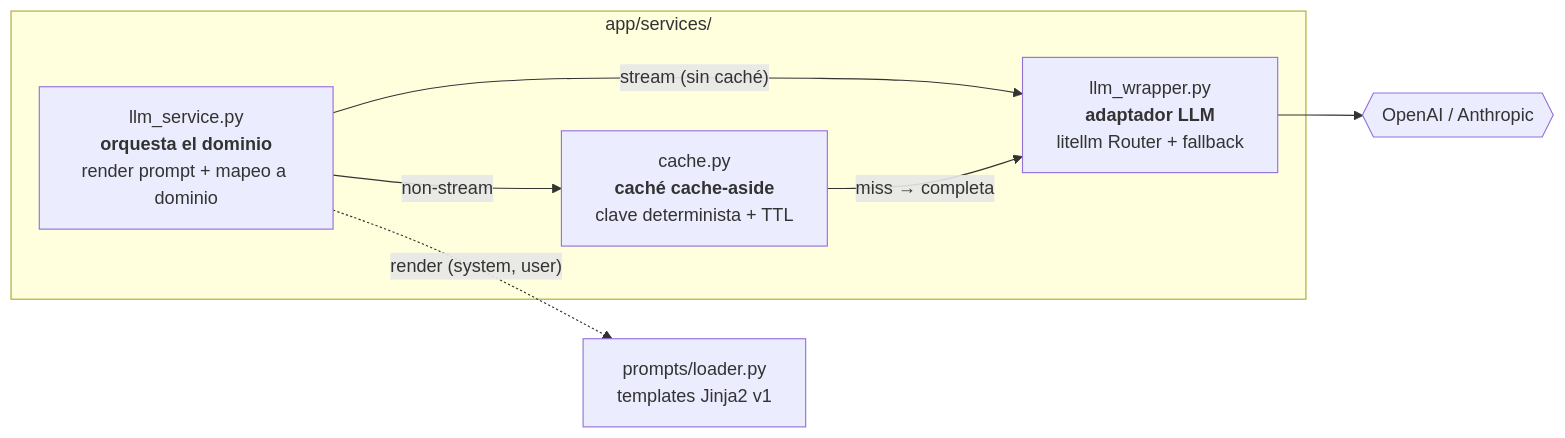
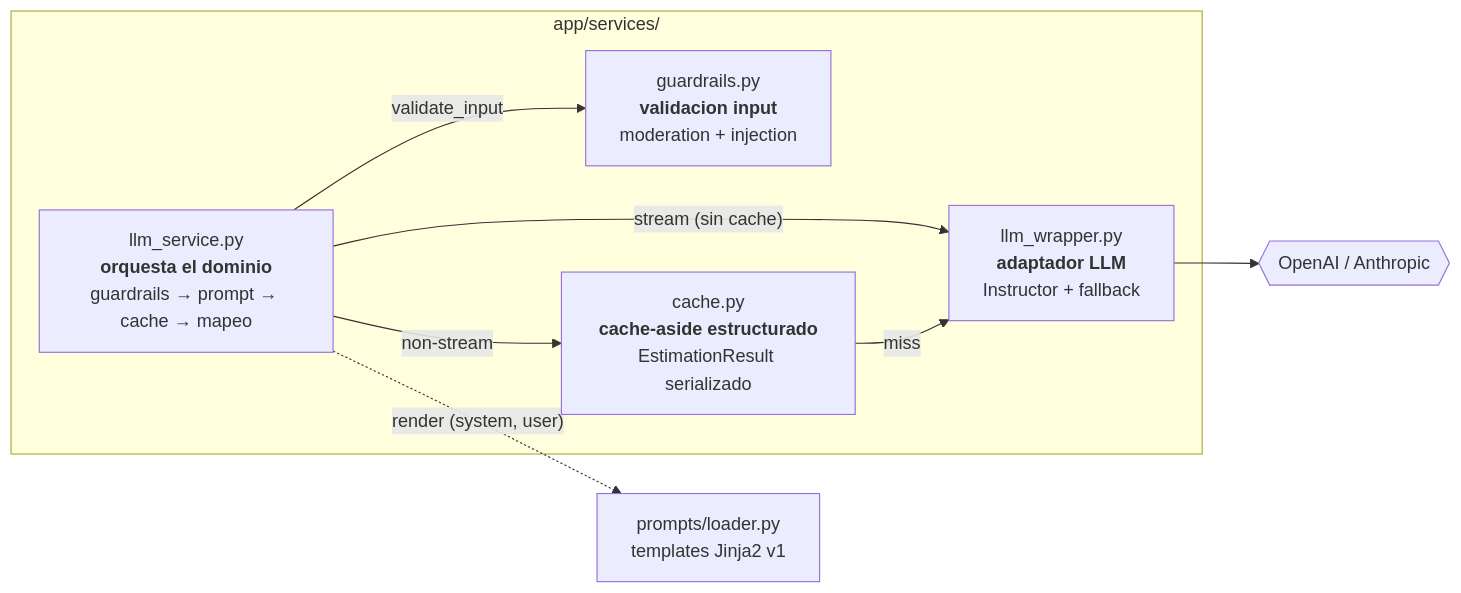
The fourth of 11 diagrams in ARCHITECTURE.md (salvalcaraz080/LIDR-RAG-master), drawn with Mermaid before and after one commit. The commit also changed other lines of this file and 19 other files, not shown here.

First line of the commit message:
feat: sesión 04 B3+B4 — structured outputs (Instructor) y guardrails

````diff
--- a/ARCHITECTURE.md
+++ b/ARCHITECTURE.md
@@ -270,15 +299,17 @@
 ```mermaid
 flowchart LR
     subgraph services["app/services/"]
-        ls["llm_service.py<br/><b>orquesta el dominio</b><br/>render prompt + mapeo a dominio"]
-        ca["cache.py<br/><b>caché cache-aside</b><br/>clave determinista + TTL"]
-        lw["llm_wrapper.py<br/><b>adaptador LLM</b><br/>litellm Router + fallback"]
+        ls["llm_service.py<br/><b>orquesta el dominio</b><br/>guardrails → prompt → cache → mapeo"]
+        gr["guardrails.py<br/><b>validacion input</b><br/>moderation + injection"]
+        ca["cache.py<br/><b>cache-aside estructurado</b><br/>EstimationResult serializado"]
+        lw["llm_wrapper.py<br/><b>adaptador LLM</b><br/>Instructor + fallback"]
     end
     prompts["prompts/loader.py<br/>templates Jinja2 v1"]
 
+    ls -->|"validate_input"| gr
     ls -->|"non-stream"| ca
-    ls -->|"stream (sin caché)"| lw
+    ls -->|"stream (sin cache)"| lw
     ls -.->|"render (system, user)"| prompts
-    ca -->|"miss → completa"| lw
+    ca -->|"miss"| lw
     lw --> prov{{"OpenAI / Anthropic"}}
 ```
````
